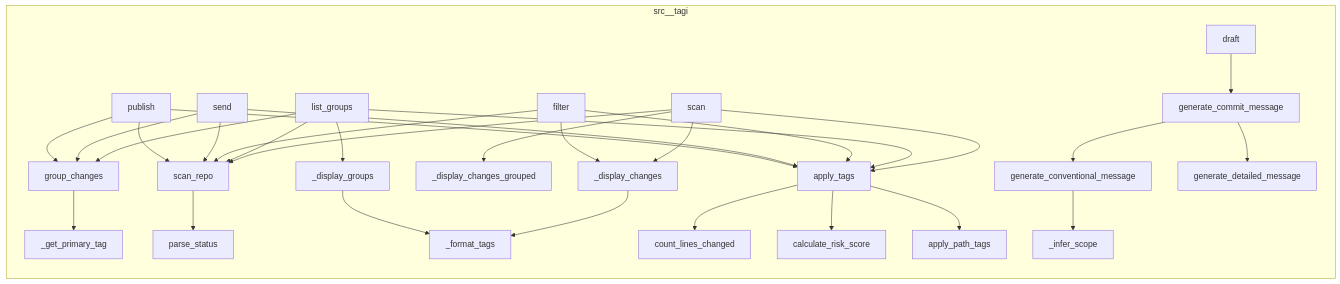
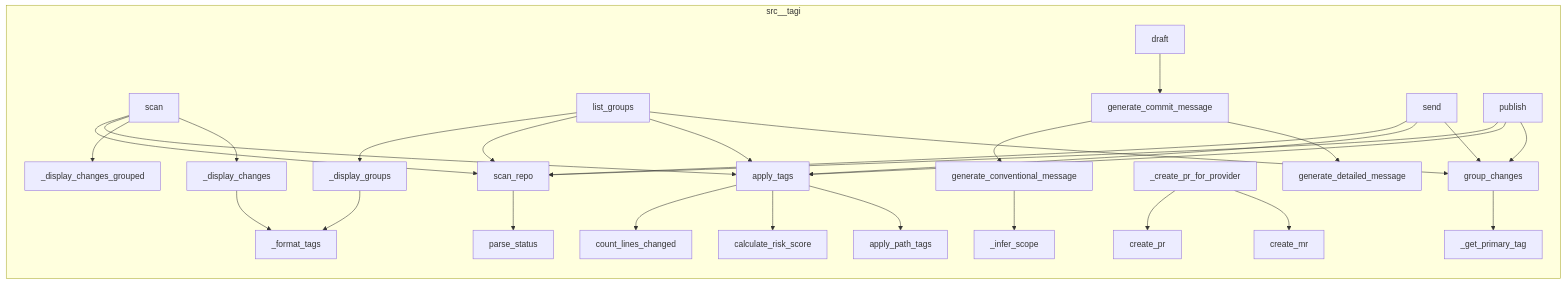
One commit to semcod/tagi changed the diagram in project/calls.mmd. Above: the diagram before and after it, drawn with Mermaid. The commit also changed 50 other files, not shown here.

```diff
--- a/project/calls.mmd
+++ b/project/calls.mmd
@@ -1,54 +1,55 @@
 flowchart LR
 %% generated in 0.00s
     subgraph src__tagi
-        src__tagi__cli__draft["draft"]
+        src__tagi__cli___display_changes_grouped["_display_changes_grouped"]
+        src__tagi__heuristics__tags__apply_tags["apply_tags"]
+        src__tagi__scanner__files__count_lines_changed["count_lines_changed"]
+        src__tagi__composer__commit_message__generate_detailed_message["generate_detailed_message"]
+        src__tagi__cli___create_pr_for_provider["_create_pr_for_provider"]
+        src__tagi__planner__grouper__group_changes["group_changes"]
+        src__tagi__scanner__status__parse_status["parse_status"]
+        src__tagi__cli___display_changes["_display_changes"]
+        src__tagi__scanner__status__scan_repo["scan_repo"]
+        src__tagi__cli__send["send"]
+        src__tagi__heuristics__scoring__calculate_risk_score["calculate_risk_score"]
         src__tagi__heuristics__tags__apply_path_tags["apply_path_tags"]
-        src__tagi__scanner__files__count_lines_changed["count_lines_changed"]
-        src__tagi__cli___display_groups["_display_groups"]
-        src__tagi__cli__scan["scan"]
-        src__tagi__composer__commit_message__generate_detailed_message["generate_detailed_message"]
-        src__tagi__planner__grouper___get_primary_tag["_get_primary_tag"]
-        src__tagi__cli___display_changes_grouped["_display_changes_grouped"]
-        src__tagi__scanner__status__scan_repo["scan_repo"]
-        src__tagi__cli___format_tags["_format_tags"]
-        src__tagi__heuristics__scoring__calculate_risk_score["calculate_risk_score"]
+        src__tagi__cli__create_pr["create_pr"]
+        src__tagi__cli__list_groups["list_groups"]
+        src__tagi__cli__create_mr["create_mr"]
         src__tagi__composer__commit_message__generate_commit_message["generate_commit_message"]
         src__tagi__composer__commit_message___infer_scope["_infer_scope"]
-        src__tagi__cli__filter["filter"]
-        src__tagi__cli__list_groups["list_groups"]
+        src__tagi__cli__draft["draft"]
+        src__tagi__planner__grouper___get_primary_tag["_get_primary_tag"]
+        src__tagi__cli___display_groups["_display_groups"]
+        src__tagi__composer__commit_message__generate_conventional_message["generate_conventional_message"]
+        src__tagi__cli___format_tags["_format_tags"]
         src__tagi__cli__publish["publish"]
-        src__tagi__composer__commit_message__generate_conventional_message["generate_conventional_message"]
-        src__tagi__cli__send["send"]
-        src__tagi__heuristics__tags__apply_tags["apply_tags"]
-        src__tagi__cli___display_changes["_display_changes"]
-        src__tagi__planner__grouper__group_changes["group_changes"]
-        src__tagi__scanner__status__parse_status["parse_status"]
+        src__tagi__cli__scan["scan"]
     end
     src__tagi__planner__grouper__group_changes --> src__tagi__planner__grouper___get_primary_tag
     src__tagi__scanner__status__scan_repo --> src__tagi__scanner__status__parse_status
     src__tagi__cli__scan --> src__tagi__scanner__status__scan_repo
     src__tagi__cli__scan --> src__tagi__heuristics__tags__apply_tags
     src__tagi__cli__scan --> src__tagi__cli___display_changes_grouped
     src__tagi__cli__scan --> src__tagi__cli___display_changes
     src__tagi__cli__list_groups --> src__tagi__cli___display_groups
     src__tagi__cli__list_groups --> src__tagi__scanner__status__scan_repo
     src__tagi__cli__list_groups --> src__tagi__heuristics__tags__apply_tags
     src__tagi__cli__list_groups --> src__tagi__planner__grouper__group_changes
-    src__tagi__cli__filter --> src__tagi__cli___display_changes
-    src__tagi__cli__filter --> src__tagi__scanner__status__scan_repo
-    src__tagi__cli__filter --> src__tagi__heuristics__tags__apply_tags
     src__tagi__cli__draft --> src__tagi__composer__commit_message__generate_commit_message
     src__tagi__cli__send --> src__tagi__scanner__status__scan_repo
     src__tagi__cli__send --> src__tagi__heuristics__tags__apply_tags
     src__tagi__cli__send --> src__tagi__planner__grouper__group_changes
+    src__tagi__cli___create_pr_for_provider --> src__tagi__cli__create_pr
+    src__tagi__cli___create_pr_for_provider --> src__tagi__cli__create_mr
     src__tagi__cli__publish --> src__tagi__scanner__status__scan_repo
     src__tagi__cli__publish --> src__tagi__heuristics__tags__apply_tags
     src__tagi__cli__publish --> src__tagi__planner__grouper__group_changes
     src__tagi__cli___display_changes --> src__tagi__cli___format_tags
     src__tagi__cli___display_groups --> src__tagi__cli___format_tags
     src__tagi__heuristics__tags__apply_tags --> src__tagi__scanner__files__count_lines_changed
     src__tagi__heuristics__tags__apply_tags --> src__tagi__heuristics__scoring__calculate_risk_score
     src__tagi__heuristics__tags__apply_tags --> src__tagi__heuristics__tags__apply_path_tags
     src__tagi__composer__commit_message__generate_commit_message --> src__tagi__composer__commit_message__generate_conventional_message
     src__tagi__composer__commit_message__generate_commit_message --> src__tagi__composer__commit_message__generate_detailed_message
     src__tagi__composer__commit_message__generate_conventional_message --> src__tagi__composer__commit_message___infer_scope
```
